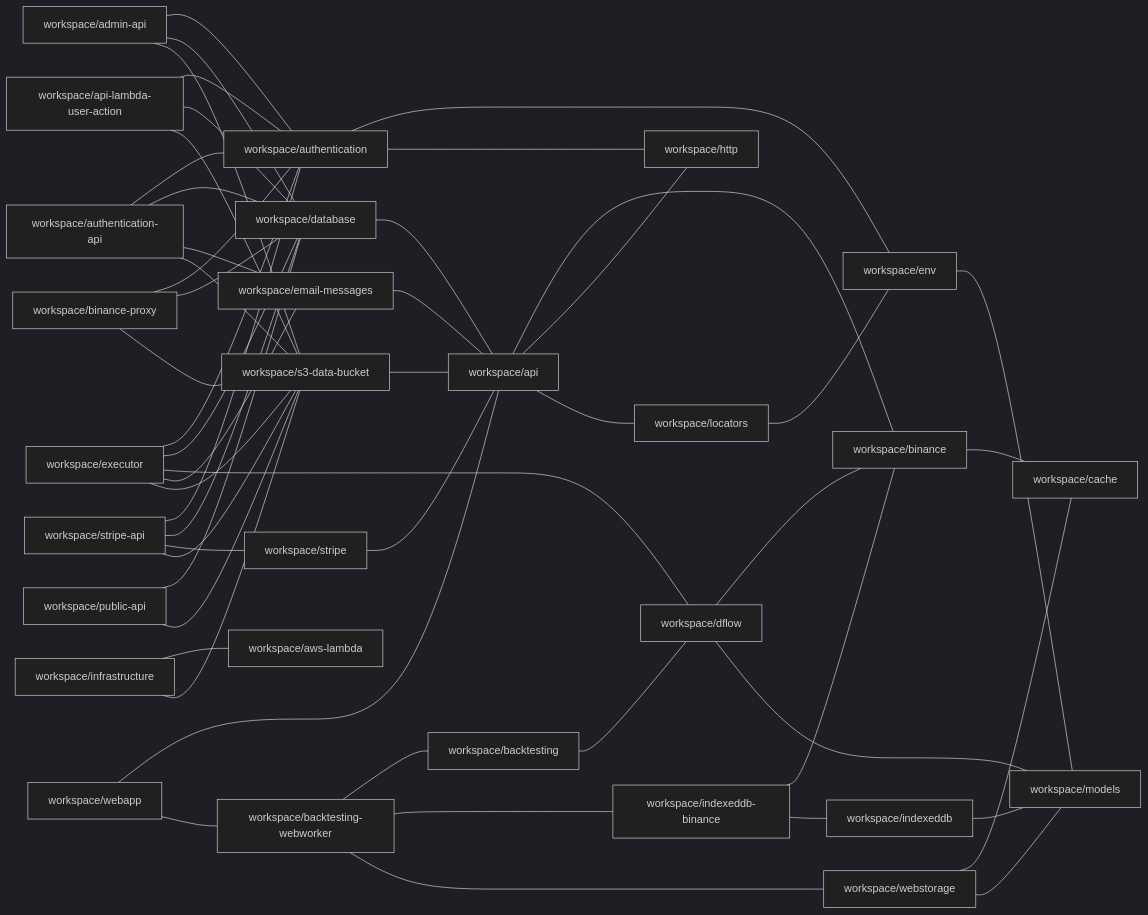
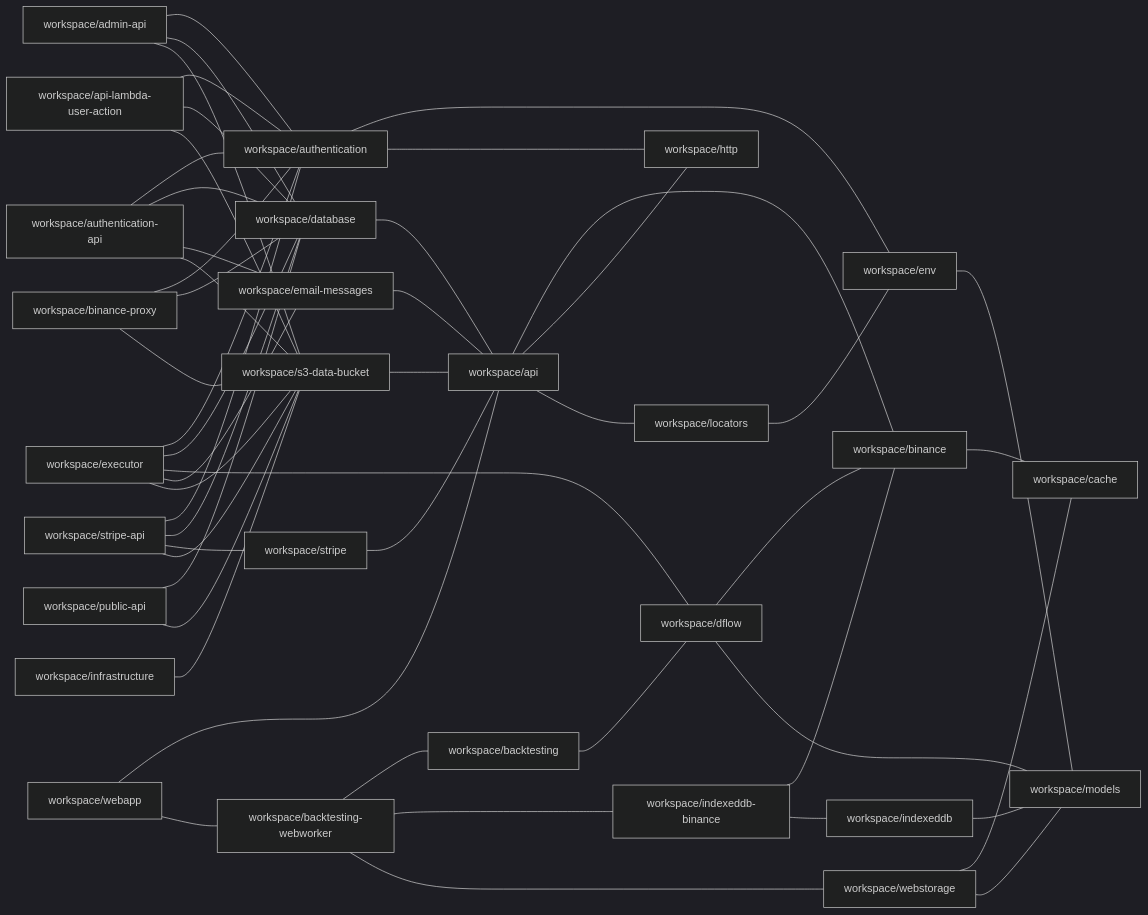
Before and after one commit to ggbot-org/ggbot: the diagram in repository/docs/npm-dependencies.md, drawn with Mermaid (dark theme). The commit also changed 11 other files, not shown here.

Commit message:
remove aws-lambda workspace

````diff
--- a/repository/docs/npm-dependencies.md
+++ b/repository/docs/npm-dependencies.md
@@ -6,54 +6,53 @@
 ```mermaid
 graph LR
     workspace/admin-api --- workspace/authentication
     workspace/admin-api --- workspace/database
     workspace/admin-api --- workspace/s3-data-bucket
     workspace/api --- workspace/binance
     workspace/api --- workspace/http
     workspace/api --- workspace/locators
     workspace/api-lambda-user-action --- workspace/authentication
     workspace/api-lambda-user-action --- workspace/database
     workspace/api-lambda-user-action --- workspace/s3-data-bucket
     workspace/authentication --- workspace/env
     workspace/authentication --- workspace/http
     workspace/authentication-api --- workspace/authentication
     workspace/authentication-api --- workspace/database
     workspace/authentication-api --- workspace/email-messages
     workspace/authentication-api --- workspace/s3-data-bucket
     workspace/backtesting --- workspace/dflow
     workspace/backtesting-webworker --- workspace/backtesting
     workspace/backtesting-webworker --- workspace/indexeddb-binance
     workspace/backtesting-webworker --- workspace/webstorage
     workspace/binance --- workspace/cache
     workspace/binance-proxy --- workspace/authentication
     workspace/binance-proxy --- workspace/database
     workspace/binance-proxy --- workspace/s3-data-bucket
     workspace/database --- workspace/api
     workspace/dflow --- workspace/binance
     workspace/dflow --- workspace/models
     workspace/email-messages --- workspace/api
     workspace/env --- workspace/models
     workspace/executor --- workspace/authentication
     workspace/executor --- workspace/database
     workspace/executor --- workspace/dflow
     workspace/executor --- workspace/email-messages
     workspace/executor --- workspace/s3-data-bucket
     workspace/indexeddb --- workspace/models
     workspace/indexeddb-binance --- workspace/binance
     workspace/indexeddb-binance --- workspace/indexeddb
-    workspace/infrastructure --- workspace/aws-lambda
     workspace/infrastructure --- workspace/s3-data-bucket
     workspace/locators --- workspace/env
     workspace/public-api --- workspace/database
     workspace/public-api --- workspace/s3-data-bucket
     workspace/s3-data-bucket --- workspace/api
     workspace/stripe --- workspace/api
     workspace/stripe-api --- workspace/authentication
     workspace/stripe-api --- workspace/database
     workspace/stripe-api --- workspace/stripe
     workspace/stripe-api --- workspace/s3-data-bucket
     workspace/webapp --- workspace/api
     workspace/webapp --- workspace/backtesting-webworker
     workspace/webstorage --- workspace/cache
     workspace/webstorage --- workspace/models
 ```
````
